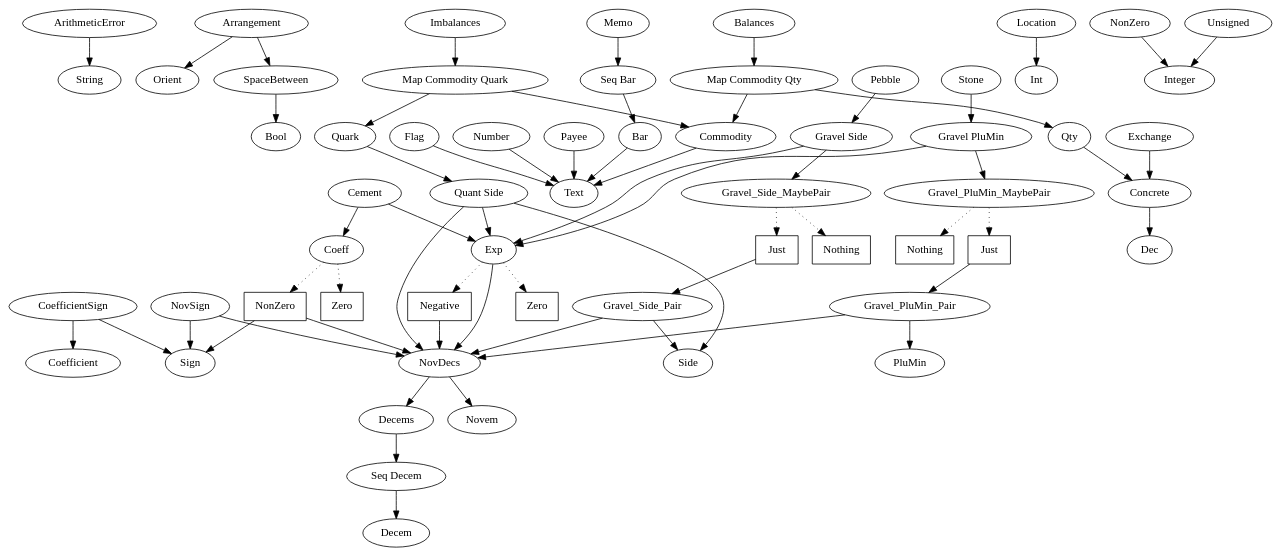
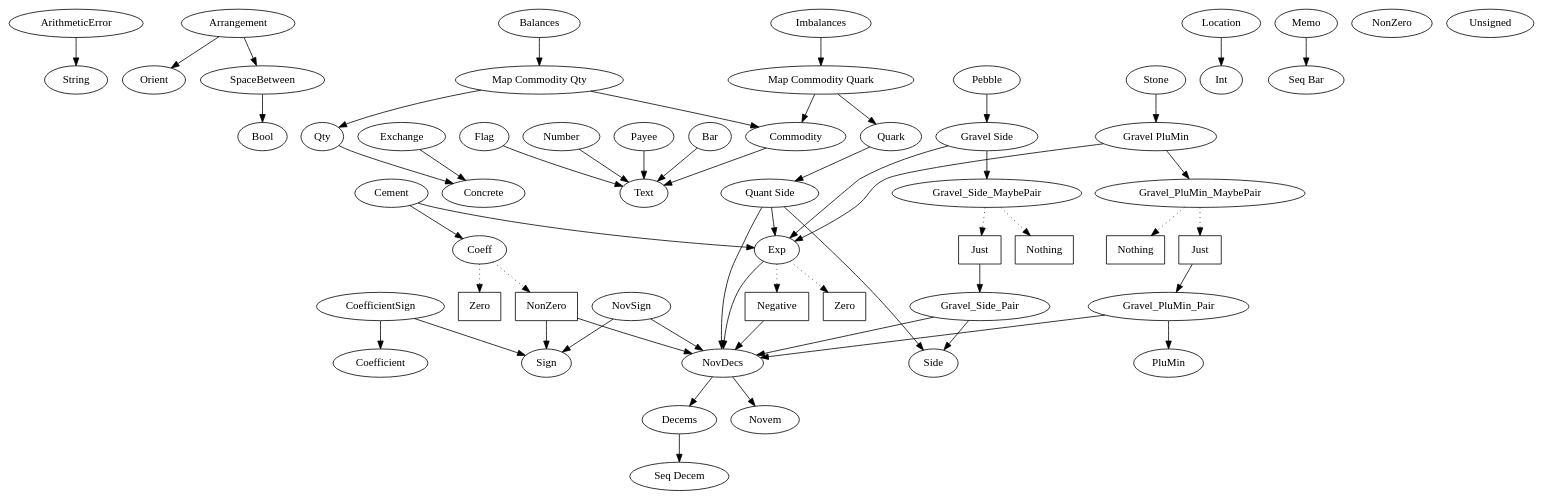
Before and after one commit to analyticd/penny: the diagram in dot/types.dot, drawn with Graphviz. The commit also changed 2 other files, not shown here.

```diff
--- a/dot/types.dot
+++ b/dot/types.dot
@@ -1,145 +1,143 @@
 digraph types {
   // ArithmeticError
   ArithmeticError -> String;
 
   // Arrangement
   Arrangement -> Orient;
   Arrangement -> SpaceBetween;
 
   // Balances
   Bal_Map [label="Map Commodity Qty"];
   Bal_Map -> Commodity;
   Bal_Map -> Qty;
   Balances -> Bal_Map;
 
   // Bar
   Bar -> Text;
 
   // Cement
   Cement -> { Coeff; Exp }
 
   /* Coeff */
 
   Coeff_Zero [shape=box, label="Zero"];
   Coeff_NonZero [shape=box, label="NonZero"];
   Coeff -> Coeff_Zero [style=dotted];
   Coeff -> Coeff_NonZero [style=dotted];
   Coeff_NonZero -> NovDecs;
   Coeff_NonZero -> Sign;
 
   // CoefficientSign
   CoefficientSign -> { Coefficient; Sign }
 
   // Commodity
   Commodity -> Text;
 
   // Concrete
-  Concrete -> Dec;
+  Concrete;
 
   // Decems
   Seq_Decem [label="Seq Decem"];
-  Seq_Decem -> Decem;
   Decems -> Seq_Decem;
 
   // Exchange
   Exchange -> Concrete;
 
   /* Exp */
   Exp -> NovDecs;
   Exp_Zero [shape=box, label="Zero"];
   Exp_Negative [shape=box, label="Negative"];
   Exp -> Exp_Zero [style=dotted];
   Exp -> Exp_Negative [style=dotted];
   Exp_Negative -> NovDecs;
 
   // Flag
   Flag -> Text;
 
   // Gravel
   // skip for now
 
   // Imbalances
   Imbalances_Map [label="Map Commodity Quark"]
   Imbalances_Map -> Commodity;
   Imbalances_Map -> Quark;
   Imbalances -> Imbalances_Map;
 
   // Location
   Location -> Int;
 
   // Memo
   Seq_Bar [label="Seq Bar"];
-  Seq_Bar -> Bar;
   Memo -> Seq_Bar;
 
   // NonZero
-  NonZero -> Integer;
+  NonZero;
 
   // NovDecs
   NovDecs -> Novem;
   NovDecs -> Decems;
 
   // NovSign
   NovSign -> NovDecs;
   NovSign -> Sign;
 
   // Number
   Number -> Text;
 
   // Orient
   Orient;
 
   // Payee
   Payee -> Text;
 
   // Pebble
   Gravel_Side [label="Gravel Side"];
   Gravel_Side -> Gravel_Side_MaybePair;
   Gravel_Side -> Exp;
   Gravel_Side_MaybePair -> Gravel_Side_Nothing [style=dotted];
   Gravel_Side_Nothing [shape=box,label="Nothing"];
   Gravel_Side_MaybePair -> Gravel_Side_Just [style=dotted];
   Gravel_Side_Just [shape=box,label="Just"];
   Gravel_Side_Just -> Gravel_Side_Pair;
   Gravel_Side_Pair -> Side;
   Gravel_Side_Pair -> NovDecs;
   Pebble -> Gravel_Side;
 
   // PluMin
   PluMin;
 
   // Qty
   Qty -> Concrete;
 
   // Quant - skip for now
 
   // Quark
   Quark -> Quant_Side;
   Quant_Side [label="Quant Side"];
   Quant_Side -> NovDecs;
   Quant_Side -> Exp;
   Quant_Side -> Side;
 
   // Side
   Side;
 
   // SpaceBetween
   SpaceBetween -> Bool;
 
   // Stone
   Gravel_PluMin [label="Gravel PluMin"];
   Gravel_PluMin -> Gravel_PluMin_MaybePair;
   Gravel_PluMin -> Exp;
   Gravel_PluMin_MaybePair -> Gravel_PluMin_Nothing [style=dotted];
   Gravel_PluMin_Nothing [shape=box,label="Nothing"];
   Gravel_PluMin_MaybePair -> Gravel_PluMin_Just [style=dotted];
   Gravel_PluMin_Just [shape=box,label="Just"];
   Gravel_PluMin_Just -> Gravel_PluMin_Pair;
   Gravel_PluMin_Pair -> PluMin;
   Gravel_PluMin_Pair -> NovDecs;
   Stone -> Gravel_PluMin;
 
   // Unsigned
-  Unsigned -> Integer;
+  Unsigned;
 
 }
```
